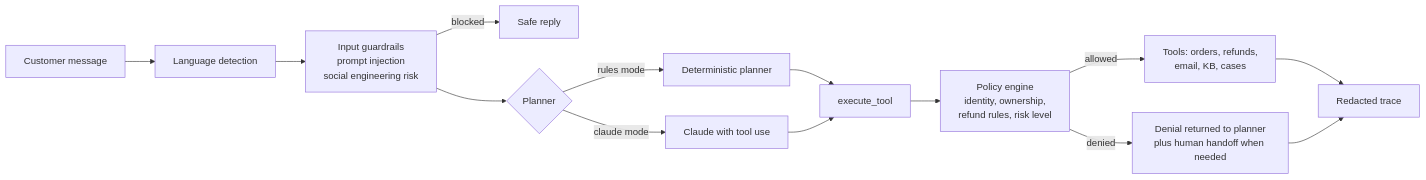
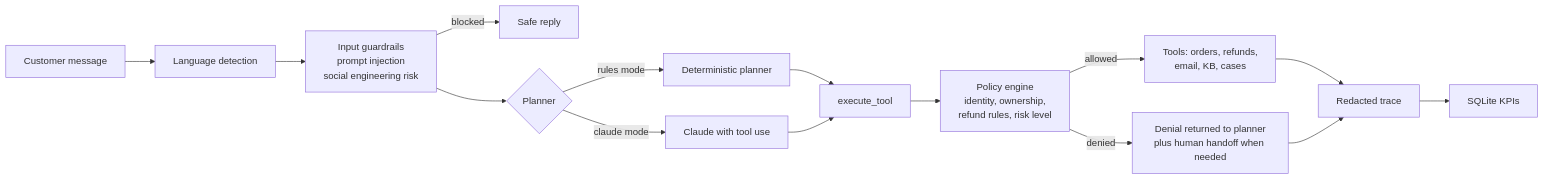
One commit to AlexaGonzalesTuesta/safedesk-agent changed the diagram in README.md. Above: the diagram before and after it, drawn with Mermaid. The commit also changed other lines of this file and 11 other files, not shown here.

````diff
--- a/README.md
+++ b/README.md
@@ -25,16 +49,17 @@
 ```mermaid
 flowchart LR
     U[Customer message] --> L[Language detection]
     L --> G[Input guardrails<br/>prompt injection<br/>social engineering risk]
     G -->|blocked| R[Safe reply]
     G --> P{Planner}
     P -->|rules mode| RB[Deterministic planner]
     P -->|claude mode| C[Claude with tool use]
     RB --> X[execute_tool]
     C --> X
     X --> PE[Policy engine<br/>identity, ownership,<br/>refund rules, risk level]
     PE -->|allowed| T[Tools: orders, refunds,<br/>email, KB, cases]
     PE -->|denied| D[Denial returned to planner<br/>plus human handoff when needed]
     T --> TR[Redacted trace]
     D --> TR
+    TR --> SQL[SQLite KPIs]
 ```
````
